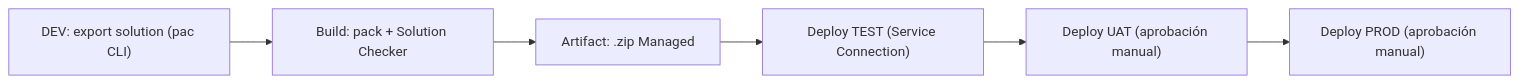
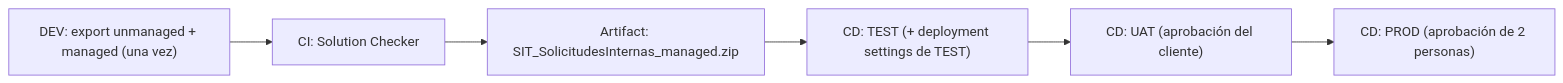
Before and after one commit to EdwingAlarcon/PlanEstudio: the diagram in app-elearning/content/modules/avanzado/19-alm-y-ci-cd-con-azure-devops.md, drawn with Mermaid. The commit also changed other lines of this file and 59 other files, not shown here.

````diff
--- a/app-elearning/content/modules/avanzado/19-alm-y-ci-cd-con-azure-devops.md
+++ b/app-elearning/content/modules/avanzado/19-alm-y-ci-cd-con-azure-devops.md
@@ -30,8 +44,8 @@
 ```mermaid
 graph LR
-  A["DEV: export solution (pac CLI)"] --> B["Build: pack + Solution Checker"]
-  B --> C["Artifact: .zip Managed"]
-  C --> D["Deploy TEST (Service Connection)"]
-  D --> E["Deploy UAT (aprobación manual)"]
-  E --> F["Deploy PROD (aprobación manual)"]
+  A["DEV: export unmanaged + managed (una vez)"] --> B["CI: Solution Checker"]
+  B --> C["Artifact: SIT_SolicitudesInternas_managed.zip"]
+  C --> D["CD: TEST (+ deployment settings de TEST)"]
+  D --> E["CD: UAT (aprobación del cliente)"]
+  E --> F["CD: PROD (aprobación de 2 personas)"]
 ```
````
